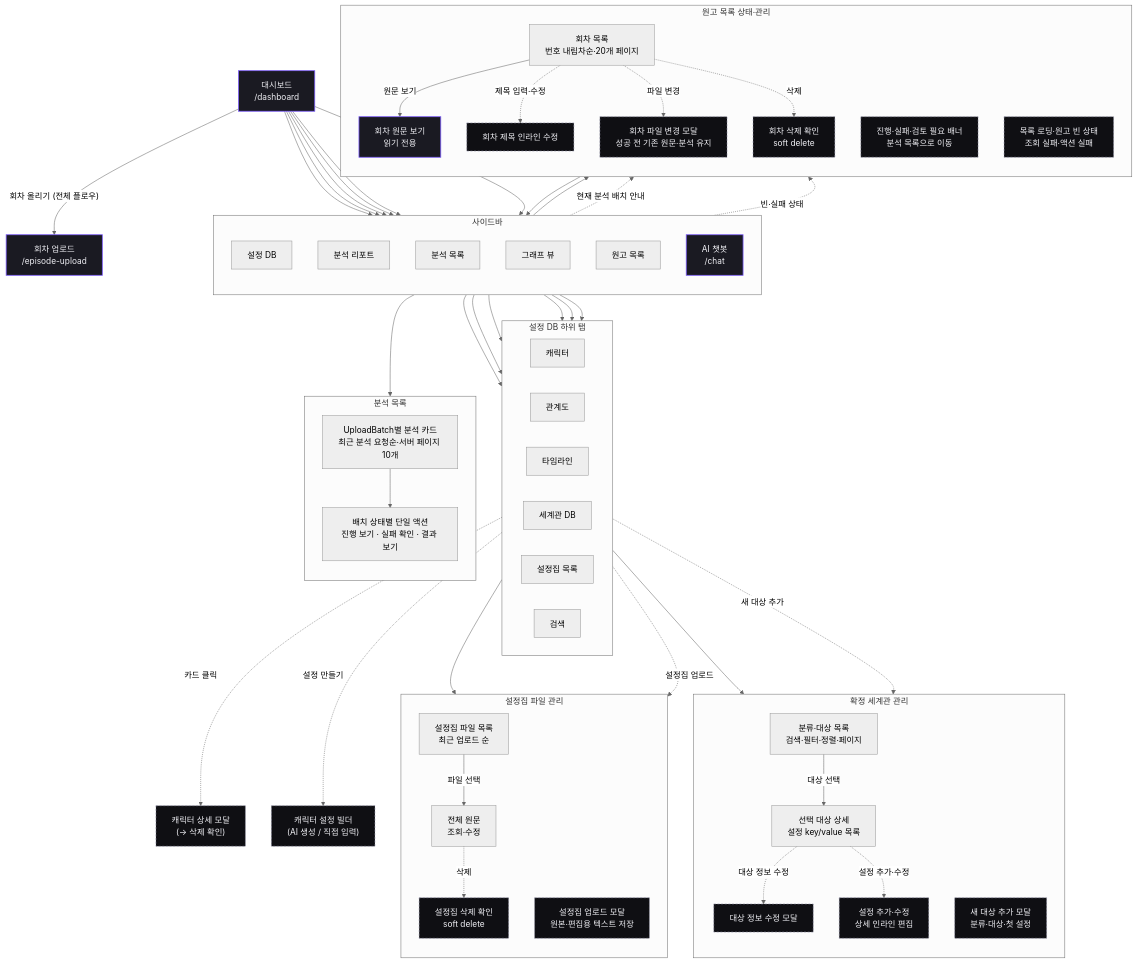
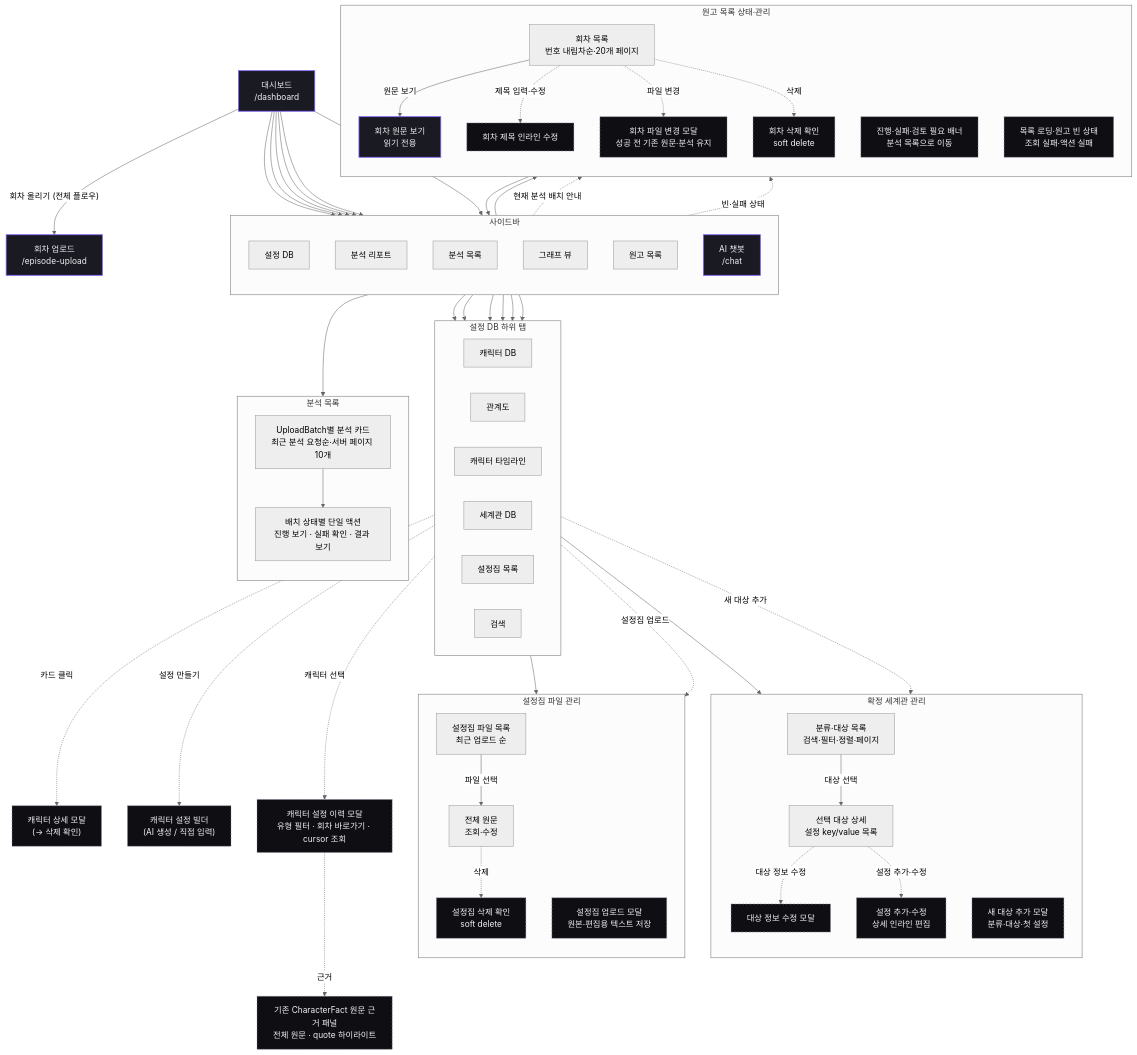
One commit to catchhole-soma/catchhole-front changed the fifth of 7 diagrams in docs/screen-flow.md. Above: the diagram before and after it, drawn with Mermaid (neutral theme). The commit also changed other lines of this file and 16 other files, not shown here.

First line of the commit message:
feat(character): 캐릭터 설정 이력 타임라인 화면 추가

```diff
--- a/docs/screen-flow.md
+++ b/docs/screen-flow.md
@@ -256,9 +256,9 @@
 
   subgraph TABS["설정 DB 하위 탭"]
     direction LR
-    t_char["캐릭터"]
+    t_char["캐릭터 DB"]
     t_rel["관계도"]
-    t_time["타임라인"]
+    t_time["캐릭터 타임라인"]
     t_worlddb["세계관 DB"]
     t_world["설정집 목록"]
     t_search["검색"]
@@ -275,6 +275,8 @@
 
   t_char -. "카드 클릭" .-> m_chardetail["캐릭터 상세 모달<br/>(→ 삭제 확인)"]:::modal
   t_char -. "설정 만들기" .-> m_settings["캐릭터 설정 빌더<br/>(AI 생성 / 직접 입력)"]:::modal
+  t_time -. "캐릭터 선택" .-> m_chartimeline["캐릭터 설정 이력 모달<br/>유형 필터 · 회차 바로가기 · cursor 조회"]:::modal
+  m_chartimeline -. "근거" .-> m_timeline_evidence["기존 CharacterFact 원문 근거 패널<br/>전체 원문 · quote 하이라이트"]:::modal
 
   subgraph WORLD_SETTINGS["확정 세계관 관리"]
     direction TB
```
